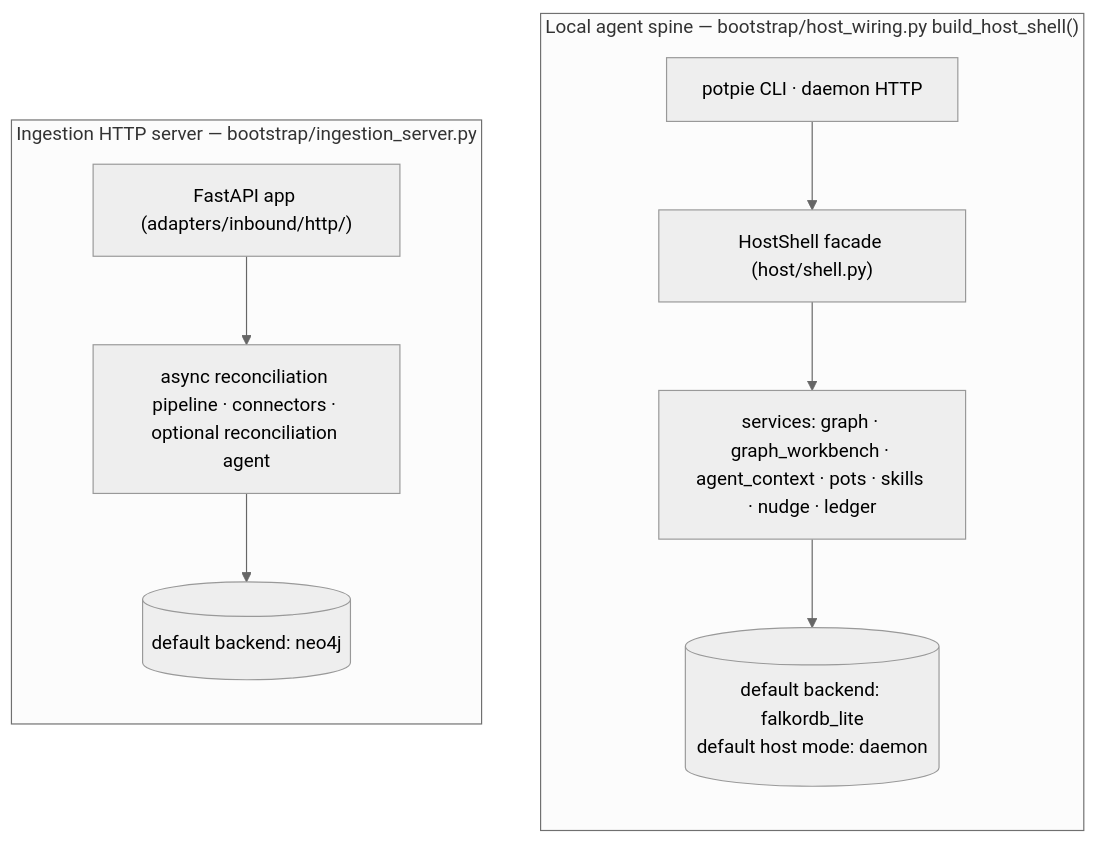
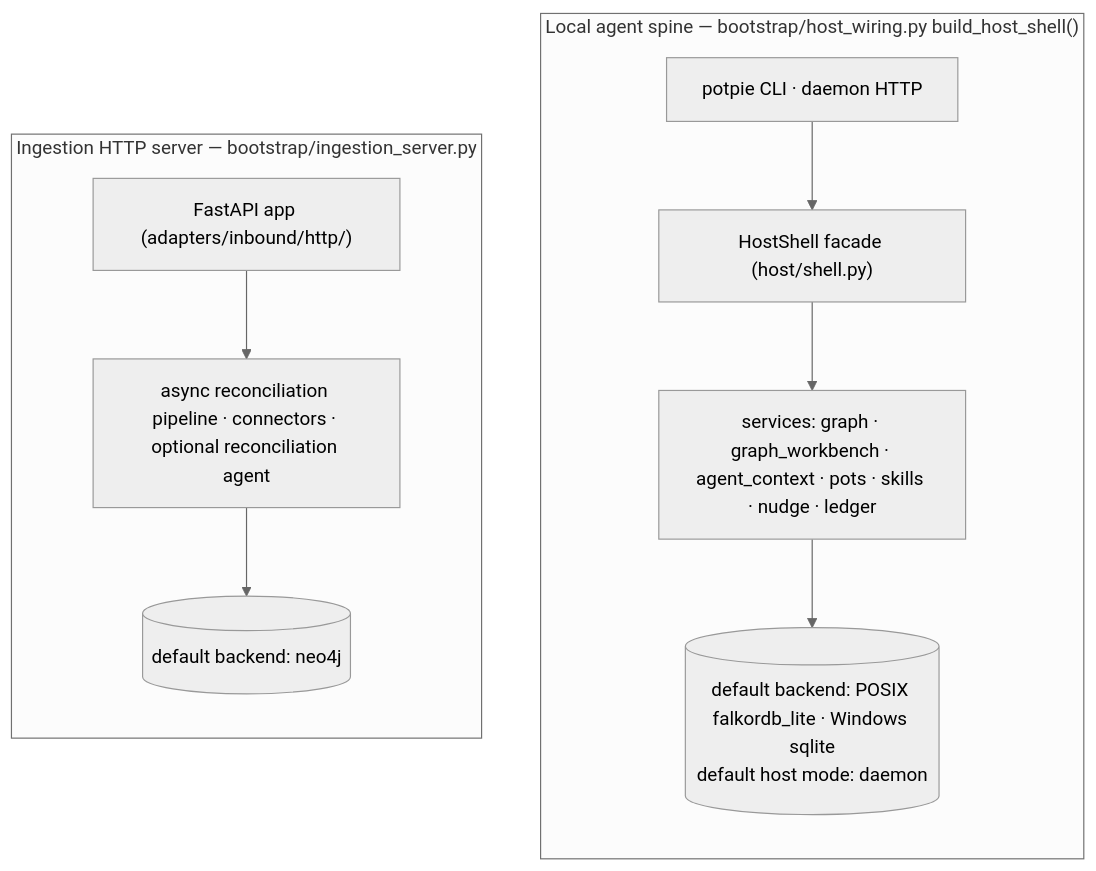
The second of 5 diagrams in docs/context-graph/architecture.md (potpie-ai/potpie), drawn with Mermaid (neutral theme) before and after one commit. The commit also changed other lines of this file and 27 other files, not shown here.

Commit message:
Add Windows SQLite vector backend

````diff
--- a/docs/context-graph/architecture.md
+++ b/docs/context-graph/architecture.md
@@ -60,19 +60,19 @@
 ```mermaid
 flowchart TB
   subgraph cg_spine["Local agent spine — bootstrap/host_wiring.py build_host_shell()"]
     direction TB
     cg_cli["potpie CLI · daemon HTTP"]
     cg_shell["HostShell facade (host/shell.py)"]
     cg_services["services: graph · graph_workbench · agent_context · pots · skills · nudge · ledger"]
-    cg_lite[("default backend: falkordb_lite<br/>default host mode: daemon")]
+    cg_lite[("default backend: POSIX falkordb_lite · Windows sqlite<br/>default host mode: daemon")]
     cg_cli --> cg_shell --> cg_services --> cg_lite
   end
 
   subgraph cg_ingest["Ingestion HTTP server — bootstrap/ingestion_server.py"]
     direction TB
     cg_fastapi["FastAPI app (adapters/inbound/http/)"]
     cg_pipeline["async reconciliation pipeline · connectors · optional reconciliation agent"]
     cg_neo[("default backend: neo4j")]
     cg_fastapi --> cg_pipeline --> cg_neo
   end
 ```
````
